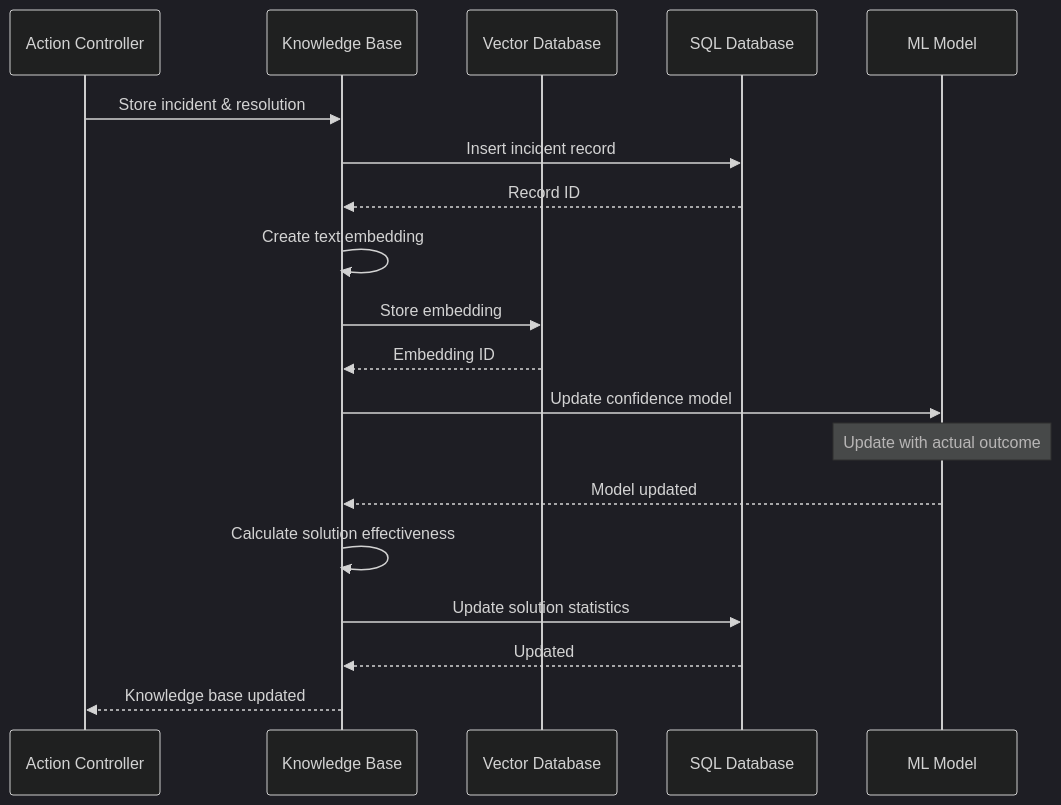
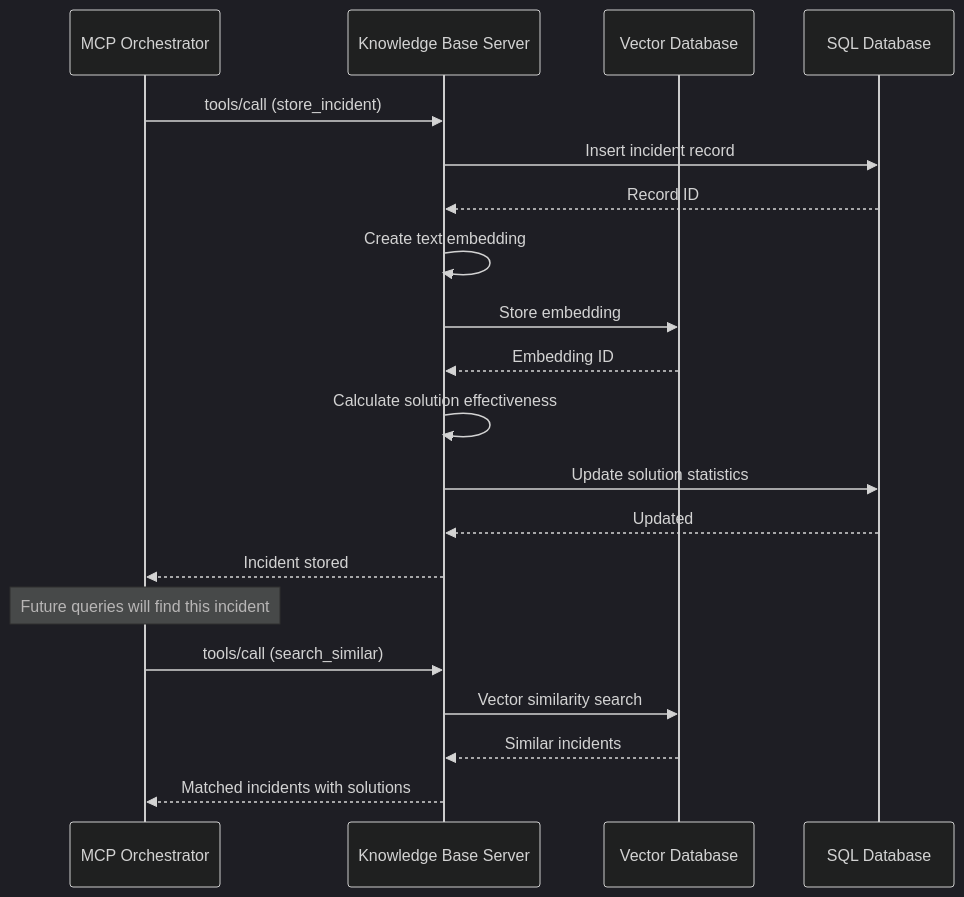
Before and after one commit to ravindra-lakal/KubeSage: diagram 18 of 24 in WORKFLOW.md, drawn with Mermaid (dark theme). The commit also changed other lines of this file and 7 other files, not shown here.

````diff
--- a/WORKFLOW.md
+++ b/WORKFLOW.md
@@ -549,27 +675,29 @@
 ```mermaid
 sequenceDiagram
-    participant Act as Action Controller
-    participant KB as Knowledge Base
+    participant Orch as MCP Orchestrator
+    participant KB as Knowledge Base Server
     participant VDB as Vector Database
     participant SQL as SQL Database
-    participant ML as ML Model
     
-    Act->>KB: Store incident & resolution
+    Orch->>KB: tools/call (store_incident)
     
     KB->>SQL: Insert incident record
     SQL-->>KB: Record ID
     
     KB->>KB: Create text embedding
     KB->>VDB: Store embedding
     VDB-->>KB: Embedding ID
     
-    KB->>ML: Update confidence model
-    Note over ML: Update with actual outcome
-    ML-->>KB: Model updated
-    
     KB->>KB: Calculate solution effectiveness
     KB->>SQL: Update solution statistics
     SQL-->>KB: Updated
     
-    KB-->>Act: Knowledge base updated
+    KB-->>Orch: Incident stored
+    
+    Note over Orch: Future queries will find this incident
+    
+    Orch->>KB: tools/call (search_similar)
+    KB->>VDB: Vector similarity search
+    VDB-->>KB: Similar incidents
+    KB-->>Orch: Matched incidents with solutions
 ```
````
